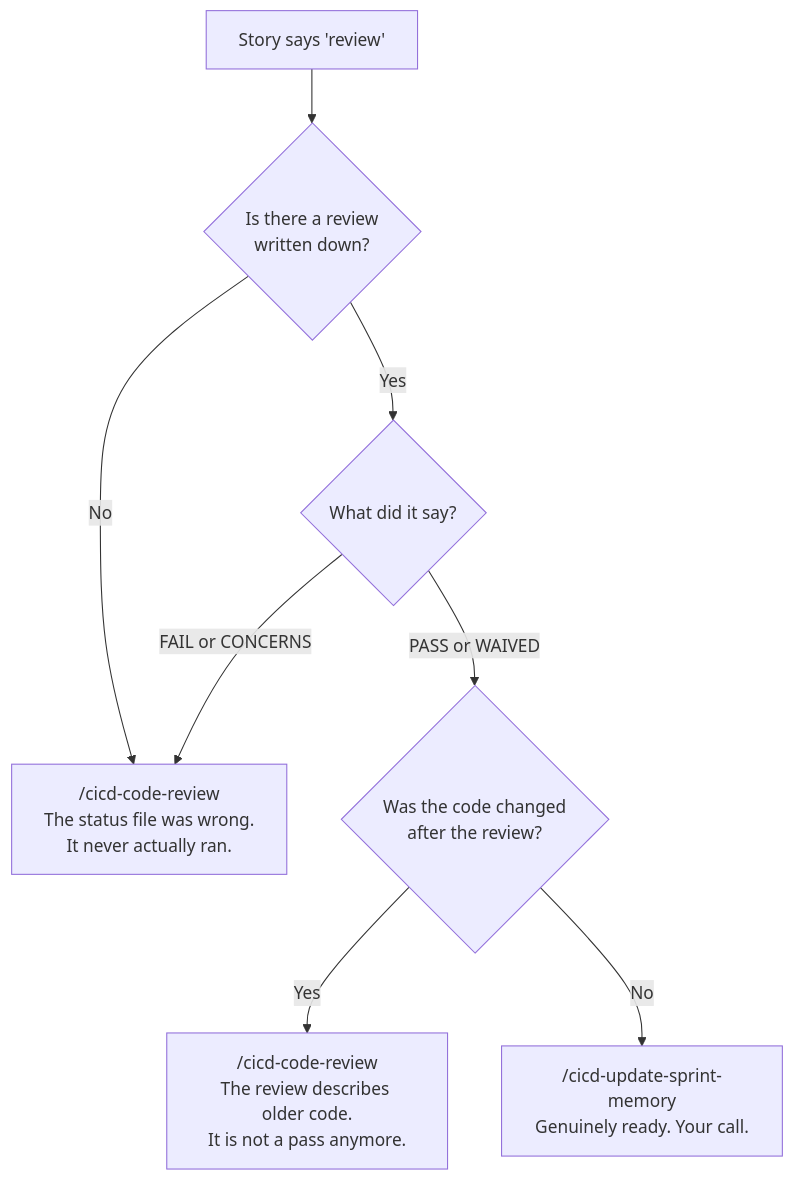
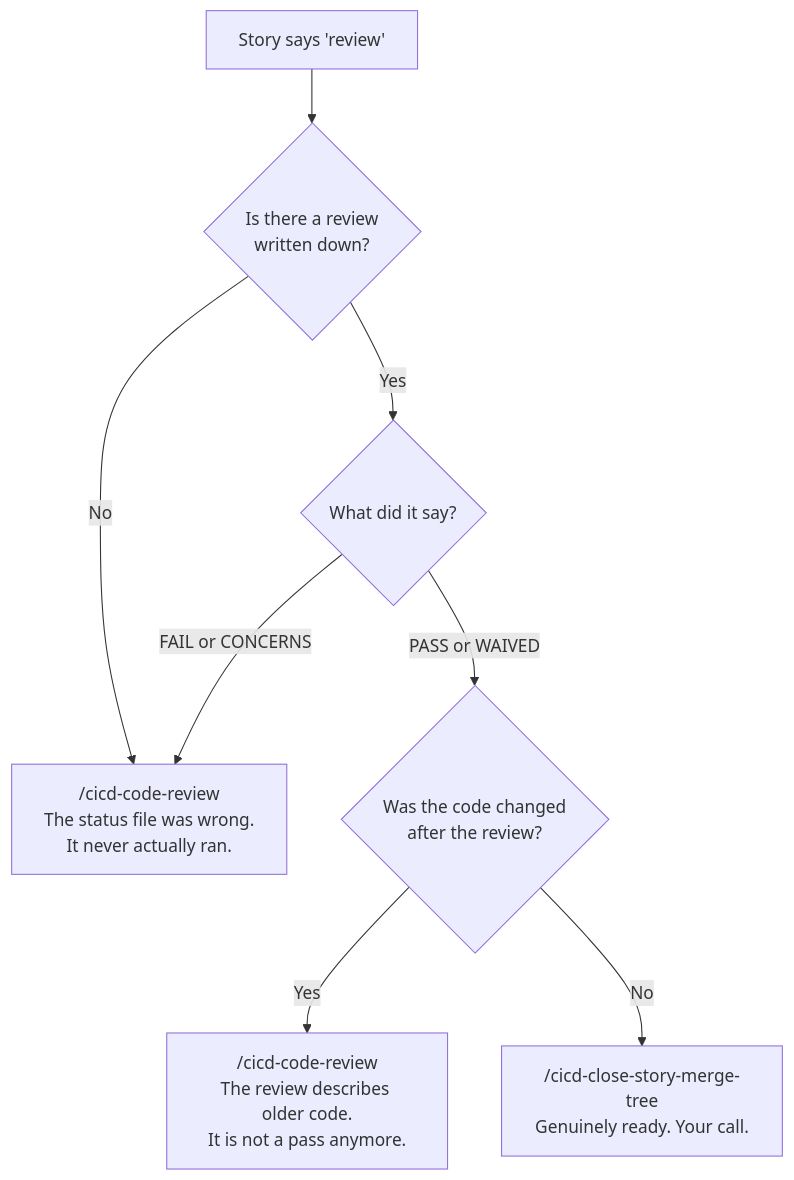
Before and after one commit to sudomadhatter/Sudo_Hatter_Command: the ninth of 45 diagrams in docs/_scc_sops_prds/workflows_testing_SOP.md, drawn with Mermaid. The commit also changed other lines of this file and 97 other files, not shown here.

First line of the commit message:
SCC-210 rebalance the cicd close-out: the door, the save, and the prune

````diff
--- a/docs/_scc_sops_prds/workflows_testing_SOP.md
+++ b/docs/_scc_sops_prds/workflows_testing_SOP.md
@@ -1862,10 +1889,10 @@
 ```mermaid
 flowchart TD
     START["Story says 'review'"] --> Q1{"Is there a review\nwritten down?"}
     Q1 -- "No" --> RUN["/cicd-code-review\nThe status file was wrong.\nIt never actually ran."]
     Q1 -- "Yes" --> Q2{"What did it say?"}
     Q2 -- "FAIL or CONCERNS" --> RUN
     Q2 -- "PASS or WAIVED" --> Q3{"Was the code changed\nafter the review?"}
     Q3 -- "Yes" --> RUN2["/cicd-code-review\nThe review describes older code.\nIt is not a pass anymore."]
-    Q3 -- "No" --> CLOSE["/cicd-update-sprint-memory\nGenuinely ready. Your call."]
+    Q3 -- "No" --> CLOSE["/cicd-close-story-merge-tree\nGenuinely ready. Your call."]
 ```
````
